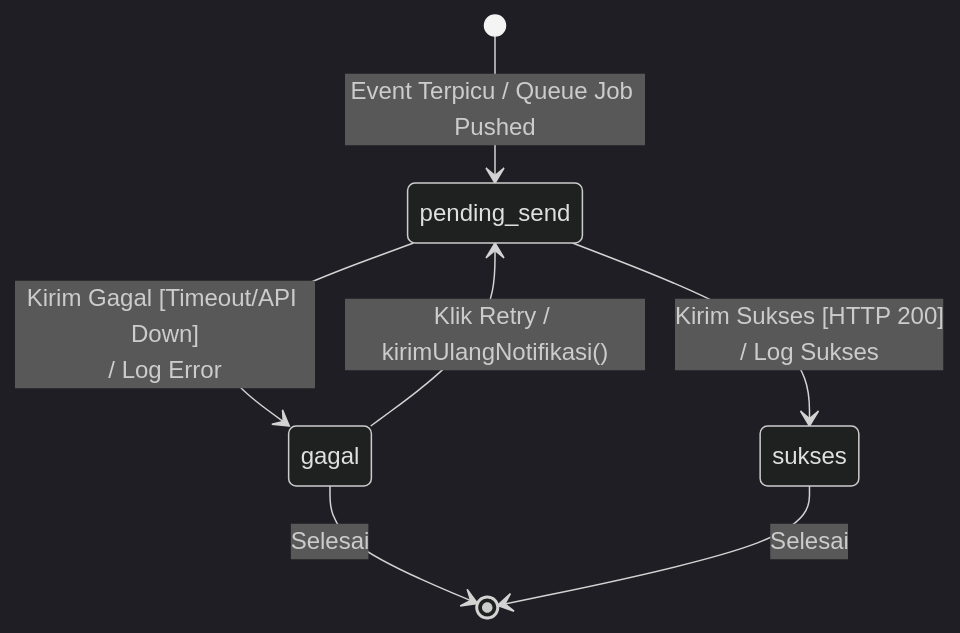
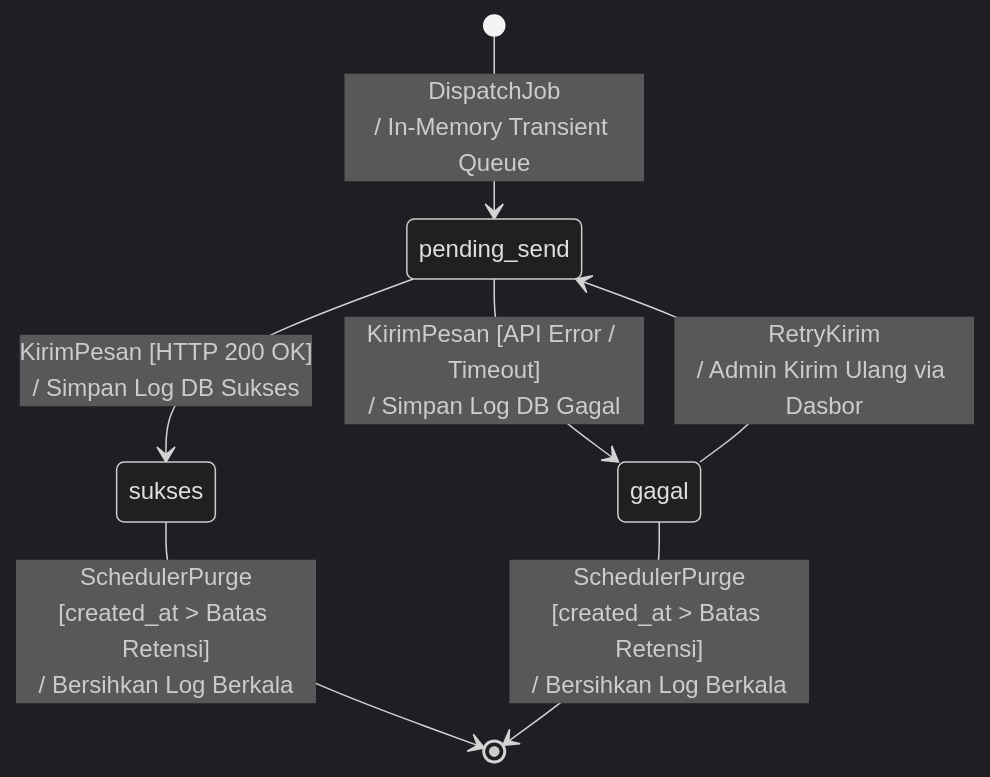
One commit to rafifarsyapradiva/asri-boarding-house changed the diagram in Blueprint/state/state_notifikasi_lifecycle.mmd. Above: the diagram before and after it, drawn with Mermaid (dark theme). The commit also changed 19 other files, not shown here.

Commit message:
docs(state-machine): audit forensik, eliminasi tabrakan visual, composite sub-states & finalisasi state machine diagram (v242.0)

```diff
--- a/Blueprint/state/state_notifikasi_lifecycle.mmd
+++ b/Blueprint/state/state_notifikasi_lifecycle.mmd
@@ -1,7 +1,17 @@
 stateDiagram-v2
-    [*] --> pending_send : Event Terpicu / Queue Job Pushed
-    pending_send --> sukses : Kirim Sukses [HTTP 200]<br>/ Log Sukses
-    pending_send --> gagal : Kirim Gagal [Timeout/API Down]<br>/ Log Error
-    gagal --> pending_send : Klik Retry / kirimUlangNotifikasi()
-    gagal --> [*] : Selesai
-    sukses --> [*] : Selesai
+    direction TB
+
+    state "pending_send" as pending_send
+    state "sukses" as sukses
+    state "gagal" as gagal
+
+    [*] --> pending_send : DispatchJob<br>/ In-Memory Transient Queue
+
+    pending_send --> sukses : KirimPesan [HTTP 200 OK]<br>/ Simpan Log DB Sukses
+    pending_send --> gagal : KirimPesan [API Error / Timeout]<br>/ Simpan Log DB Gagal
+
+    gagal --> pending_send : RetryKirim<br>/ Admin Kirim Ulang via Dasbor
+
+    sukses --> [*] : SchedulerPurge<br>[created_at > Batas Retensi]<br>/ Bersihkan Log Berkala
+
+    gagal --> [*] : SchedulerPurge<br>[created_at > Batas Retensi]<br>/ Bersihkan Log Berkala
```
